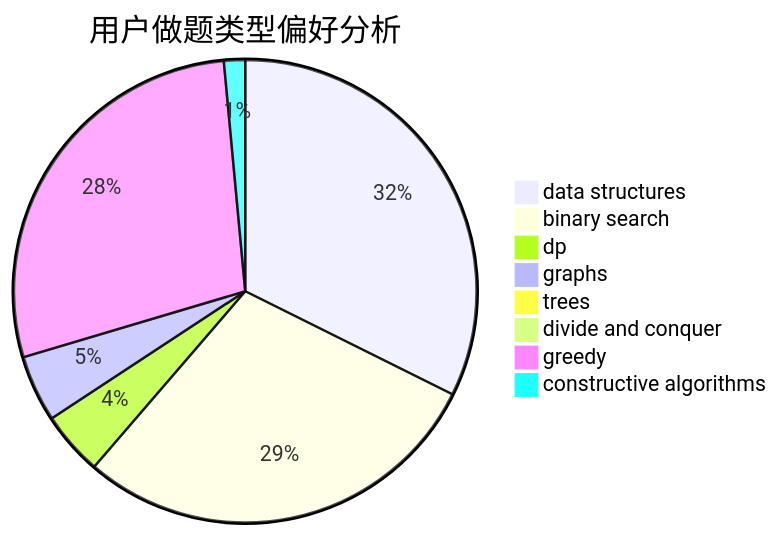
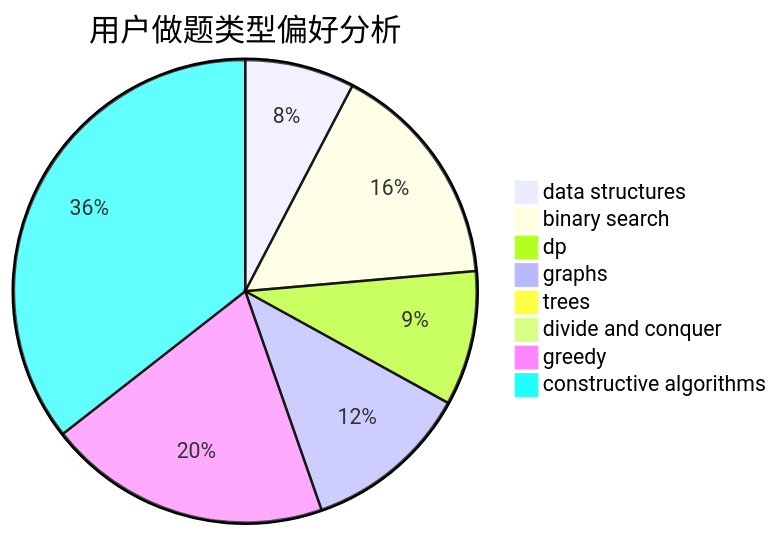
The second of 3 diagrams in docs/user/u1282.md (sherpahu/cfrs.github.io), drawn with Mermaid before and after one commit. The commit also changed other lines of this file and 2770 other files, not shown here.

````diff
--- a/docs/user/u1282.md
+++ b/docs/user/u1282.md
@@ -23,11 +23,11 @@
 ```mermaid
 pie title 用户做题类型偏好分析
-    "data structures" :  153
-    "binary search" :  137
-    "dp" :  21
-    "graphs" :  22
-    "trees" :  4
+    "data structures" :  48
+    "binary search" :  100
+    "dp" :  59
+    "graphs" :  73
+    "trees" :  0
     "divide and conquer" :  0
-    "greedy" :  133
-    "constructive algorithms" :  7
+    "greedy" :  124
+    "constructive algorithms" :  223
 ```
````
